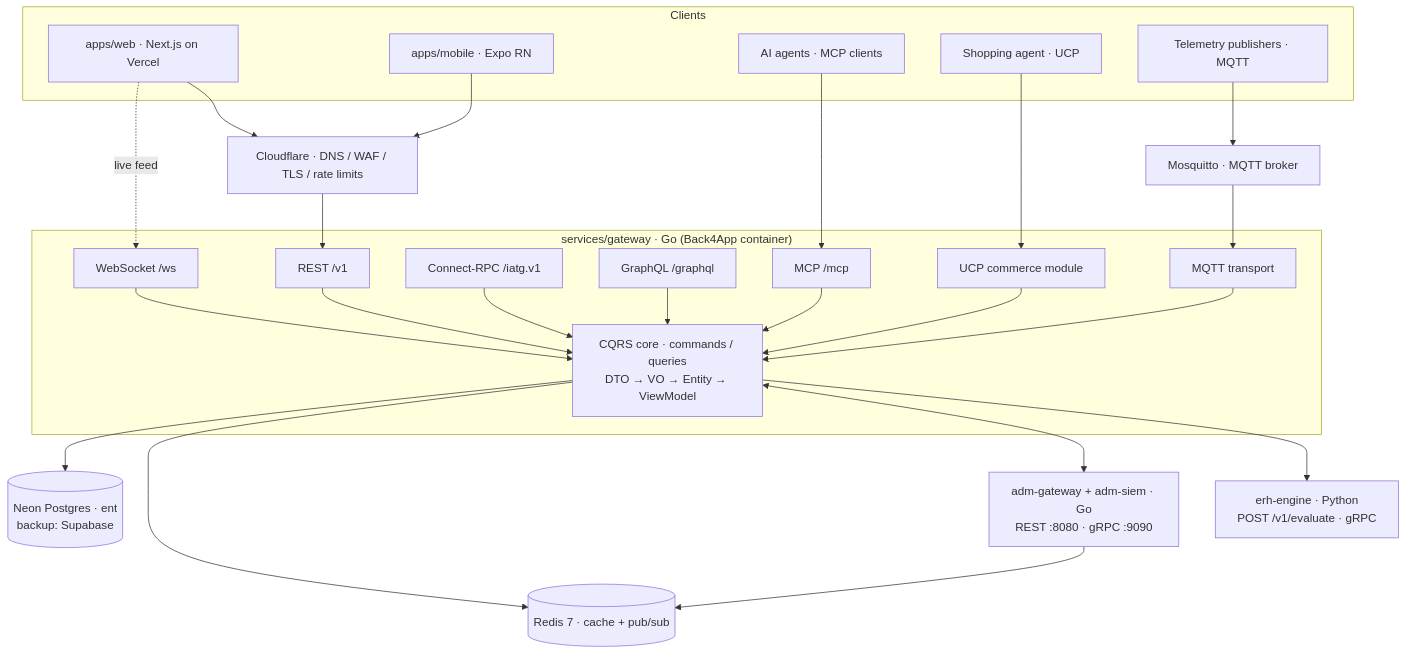
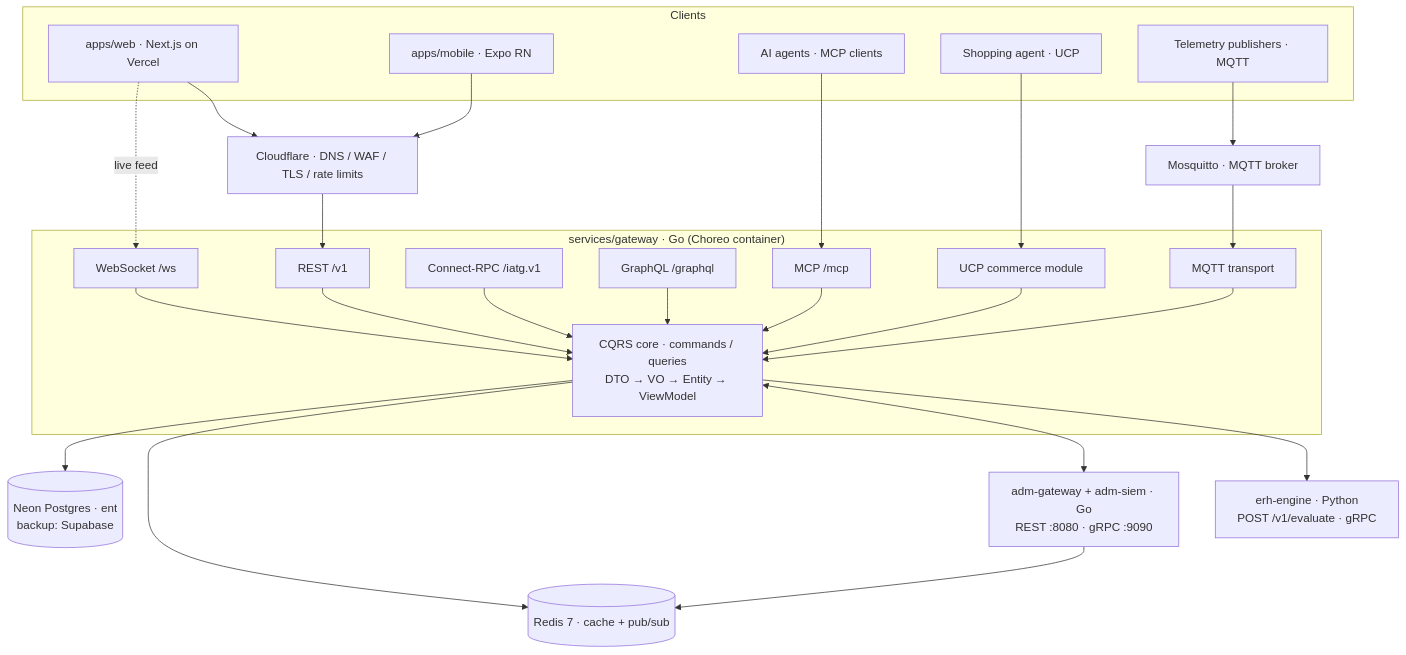
One commit to Jest-Test-Team/inclusive-ai-trust-gateway changed the diagram in docs/architecture.md. Above: the diagram before and after it, drawn with Mermaid. The commit also changed other lines of this file and 38 other files, not shown here.

````diff
--- a/docs/architecture.md
+++ b/docs/architecture.md
@@ -5,49 +5,49 @@
 ```mermaid
 flowchart TB
     subgraph clients["Clients"]
         WEB[apps/web · Next.js on Vercel]
         MOB[apps/mobile · Expo RN]
         AGENT[AI agents · MCP clients]
         SHOP[Shopping agent · UCP]
         IOT[Telemetry publishers · MQTT]
     end
 
     CF[Cloudflare · DNS / WAF / TLS / rate limits]
 
-    subgraph gw["services/gateway · Go (Back4App container)"]
+    subgraph gw["services/gateway · Go (Choreo container)"]
         REST[REST /v1]
         WS[WebSocket /ws]
         TRPC[Connect-RPC /iatg.v1]
         GQL[GraphQL /graphql]
         MCP[MCP /mcp]
         UCP[UCP commerce module]
         MQ[MQTT transport]
         CORE[CQRS core · commands / queries<br/>DTO → VO → Entity → ViewModel]
         REST --> CORE
         WS --> CORE
         TRPC --> CORE
         GQL --> CORE
         MCP --> CORE
         UCP --> CORE
         MQ --> CORE
     end
 
     ERH[erh-engine · Python<br/>POST /v1/evaluate · gRPC]
     ADM[adm-gateway + adm-siem · Go<br/>REST :8080 · gRPC :9090]
     REDIS[(Redis 7 · cache + pub/sub)]
     MOSQ[Mosquitto · MQTT broker]
     PG[(Neon Postgres · ent<br/>backup: Supabase)]
 
     WEB --> CF --> REST
     WEB -.live feed.-> WS
     MOB --> CF
     AGENT --> MCP
     SHOP --> UCP
     IOT --> MOSQ --> MQ
 
     CORE --> ERH
     CORE <--> ADM
     CORE --> REDIS
     CORE --> PG
     ADM --> REDIS
 ```
````
